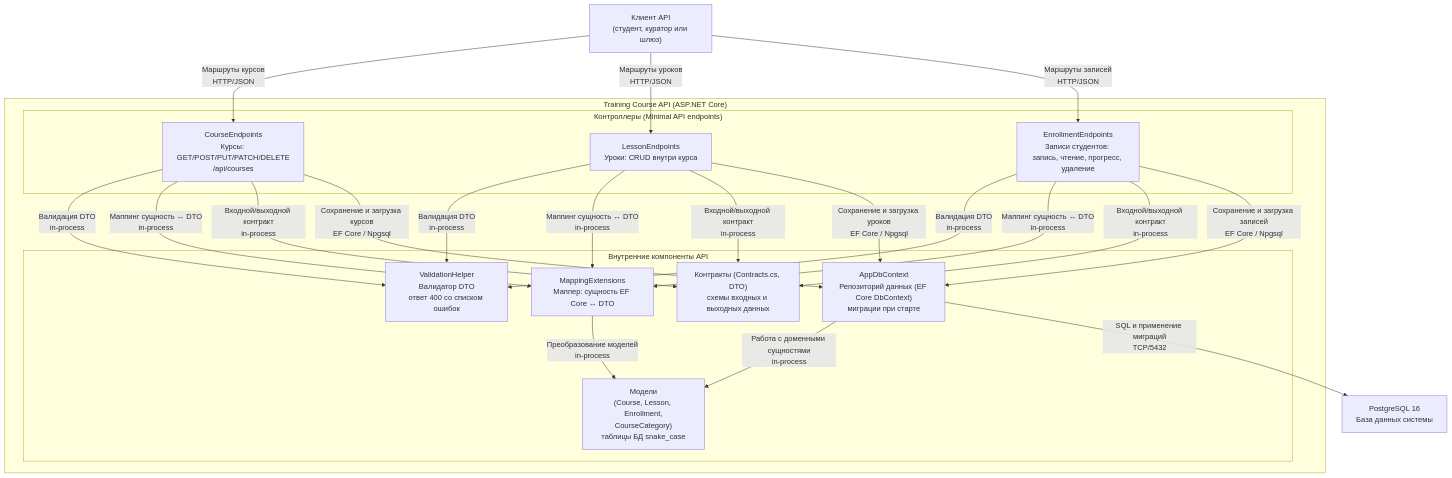
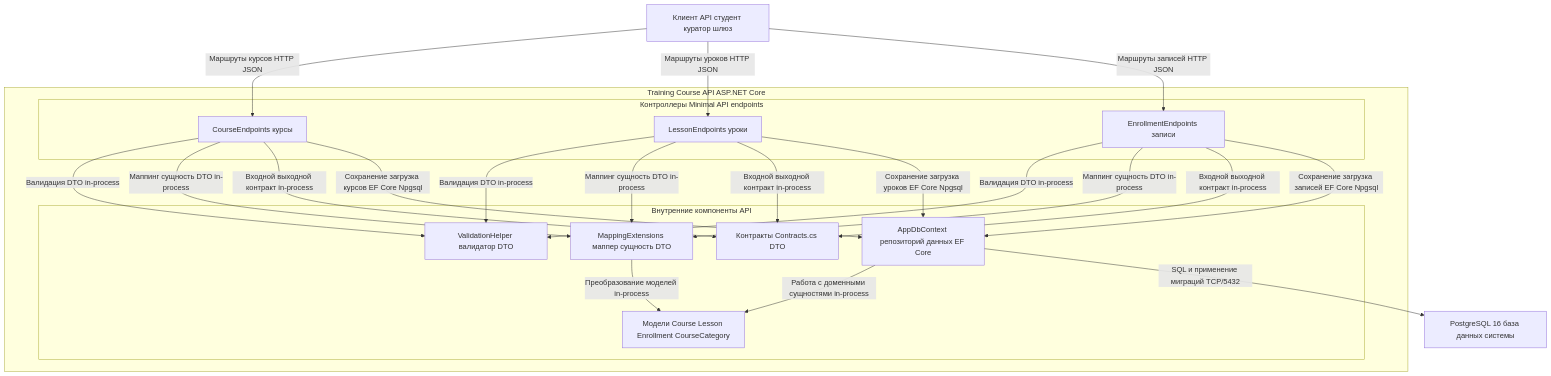
One commit to LIJTA3U/Training_course_tracker changed the second of 2 diagrams in architecture.md. Above: the diagram before and after it, drawn with Mermaid. The commit also changed other lines of this file, not shown here.

````diff
--- a/architecture.md
+++ b/architecture.md
@@ -100,46 +103,46 @@
 ```mermaid
 graph TD
-    subgraph API["Training Course API (ASP.NET Core)"]
-        subgraph Endpoints["Контроллеры (Minimal API endpoints)"]
-            Courses["CourseEndpoints<br/>Курсы: GET/POST/PUT/PATCH/DELETE<br/>/api/courses"]
-            Lessons["LessonEndpoints<br/>Уроки: CRUD внутри курса"]
-            Enrollments["EnrollmentEndpoints<br/>Записи студентов: запись, чтение, прогресс, удаление"]
+    subgraph API["Training Course API ASP.NET Core"]
+        subgraph Endpoints["Контроллеры Minimal API endpoints"]
+            Courses["CourseEndpoints курсы"]
+            Lessons["LessonEndpoints уроки"]
+            Enrollments["EnrollmentEndpoints записи"]
         end
 
         subgraph Internal["Внутренние компоненты API"]
-            Validation["ValidationHelper<br/>Валидатор DTO<br/>ответ 400 со списком ошибок"]
-            Mapping["MappingExtensions<br/>Маппер: сущность EF Core ↔ DTO"]
-            DbCtx["AppDbContext<br/>Репозиторий данных (EF Core DbContext)<br/>миграции при старте"]
-            Models["Модели<br/>(Course, Lesson, Enrollment,<br/>CourseCategory)<br/>таблицы БД snake_case"]
-            Contracts["Контракты (Contracts.cs, DTO)<br/>схемы входных и выходных данных"]
+            Validation["ValidationHelper валидатор DTO"]
+            Mapping["MappingExtensions маппер сущность DTO"]
+            DbCtx["AppDbContext репозиторий данных EF Core"]
+            Models["Модели Course Lesson Enrollment CourseCategory"]
+            Contracts["Контракты Contracts.cs DTO"]
         end
     end
 
-    DB["PostgreSQL 16<br/>База данных системы"]
-    Client["Клиент API<br/>(студент, куратор или шлюз)"]
+    DB["PostgreSQL 16 база данных системы"]
+    Client["Клиент API студент куратор шлюз"]
 
-    Client -->|Маршруты курсов<br/>HTTP/JSON| Courses
-    Client -->|Маршруты уроков<br/>HTTP/JSON| Lessons
-    Client -->|Маршруты записей<br/>HTTP/JSON| Enrollments
+    Client -->|Маршруты курсов HTTP JSON| Courses
+    Client -->|Маршруты уроков HTTP JSON| Lessons
+    Client -->|Маршруты записей HTTP JSON| Enrollments
 
-    Courses -->|Валидация DTO<br/>in-process| Validation
-    Lessons -->|Валидация DTO<br/>in-process| Validation
-    Enrollments -->|Валидация DTO<br/>in-process| Validation
+    Courses -->|Валидация DTO in-process| Validation
+    Lessons -->|Валидация DTO in-process| Validation
+    Enrollments -->|Валидация DTO in-process| Validation
 
-    Courses -->|Маппинг сущность ↔ DTO<br/>in-process| Mapping
-    Lessons -->|Маппинг сущность ↔ DTO<br/>in-process| Mapping
-    Enrollments -->|Маппинг сущность ↔ DTO<br/>in-process| Mapping
+    Courses -->|Маппинг сущность DTO in-process| Mapping
+    Lessons -->|Маппинг сущность DTO in-process| Mapping
+    Enrollments -->|Маппинг сущность DTO in-process| Mapping
 
-    Courses -->|Входной/выходной контракт<br/>in-process| Contracts
-    Lessons -->|Входной/выходной контракт<br/>in-process| Contracts
-    Enrollments -->|Входной/выходной контракт<br/>in-process| Contracts
+    Courses -->|Входной выходной контракт in-process| Contracts
+    Lessons -->|Входной выходной контракт in-process| Contracts
+    Enrollments -->|Входной выходной контракт in-process| Contracts
 
-    Courses -->|Сохранение и загрузка курсов<br/>EF Core / Npgsql| DbCtx
-    Lessons -->|Сохранение и загрузка уроков<br/>EF Core / Npgsql| DbCtx
-    Enrollments -->|Сохранение и загрузка записей<br/>EF Core / Npgsql| DbCtx
+    Courses -->|Сохранение загрузка курсов EF Core Npgsql| DbCtx
+    Lessons -->|Сохранение загрузка уроков EF Core Npgsql| DbCtx
+    Enrollments -->|Сохранение загрузка записей EF Core Npgsql| DbCtx
 
-    DbCtx -->|Работа с доменными сущностями<br/>in-process| Models
-    DbCtx -->|SQL и применение миграций<br/>TCP/5432| DB
+    DbCtx -->|Работа с доменными сущностями in-process| Models
+    DbCtx -->|SQL и применение миграций TCP/5432| DB
 
-    Mapping -->|Преобразование моделей<br/>in-process| Models
+    Mapping -->|Преобразование моделей in-process| Models
 ```
````
